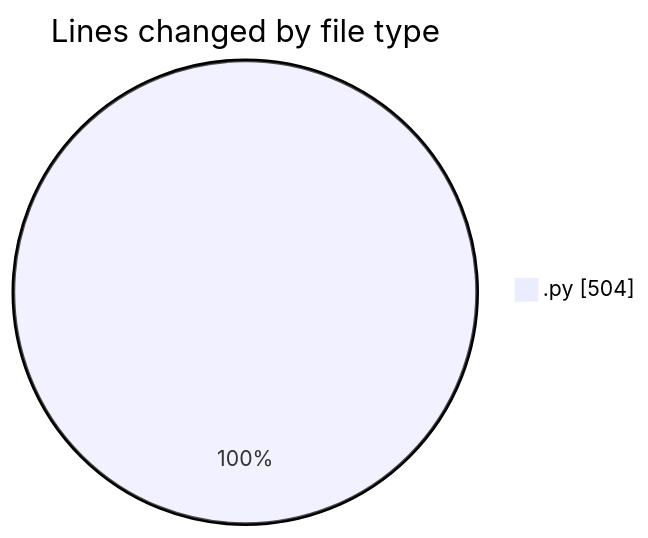
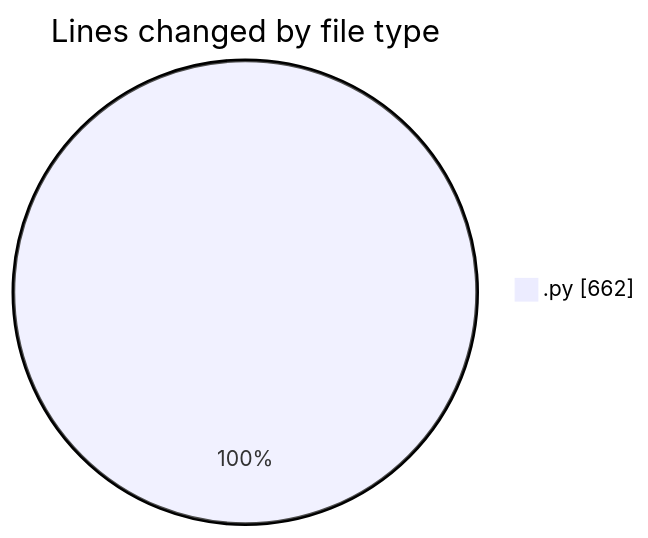
One commit to julien-gomy/code-tracking changed the first of 2 diagrams in 2025-11-15/eventscop-api-guide__workspace_/README.md. Above: the diagram before and after it, drawn with Mermaid. The commit also changed other lines of this file and 1 other file, not shown here.

````diff
--- a/2025-11-15/eventscop-api-guide__workspace_/README.md
+++ b/2025-11-15/eventscop-api-guide__workspace_/README.md
@@ -23,5 +24,5 @@
 ```mermaid
 pie showData
 title Lines changed by file type
-".py" : 504
+".py" : 662
 ```
````
